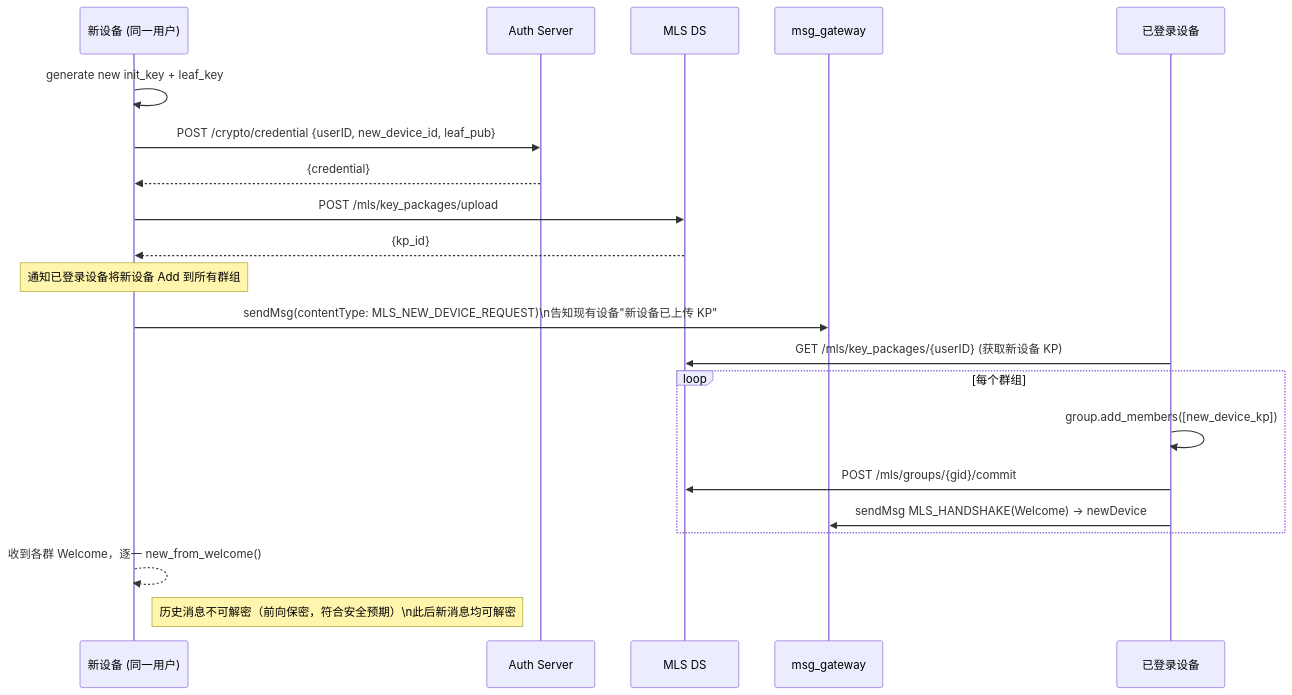
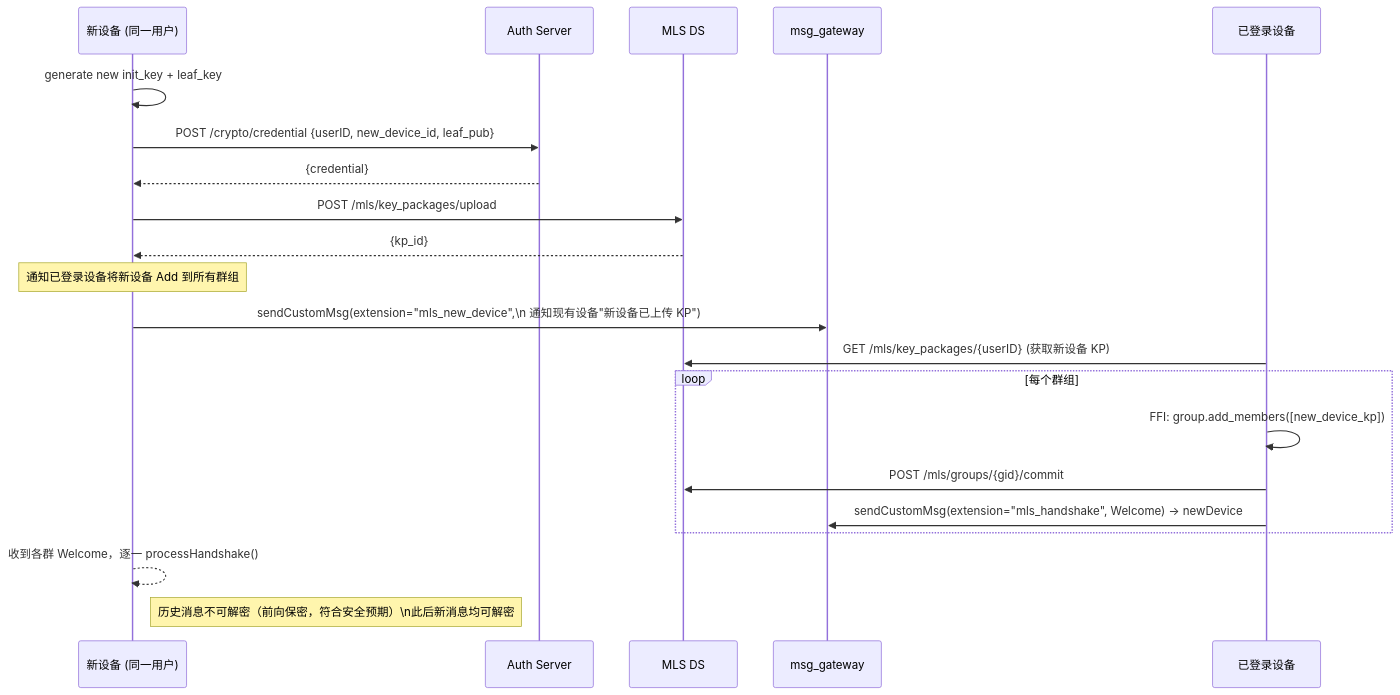
The ninth of 9 diagrams in e2ee-openmls-design.md (sok-im/open-im-server-origin), drawn with Mermaid before and after one commit. The commit also changed other lines of this file and 10 other files, not shown here.

````diff
--- a/e2ee-openmls-design.md
+++ b/e2ee-openmls-design.md
@@ -421,28 +461,28 @@
 ```mermaid
 sequenceDiagram
     participant NewDevice as 新设备 (同一用户)
     participant Auth as Auth Server
     participant DS as MLS DS
     participant GW as msg_gateway
     participant ExistingDevice as 已登录设备
 
     NewDevice->>NewDevice: generate new init_key + leaf_key
     NewDevice->>Auth: POST /crypto/credential {userID, new_device_id, leaf_pub}
     Auth-->>NewDevice: {credential}
     NewDevice->>DS: POST /mls/key_packages/upload
     DS-->>NewDevice: {kp_id}
 
     Note over NewDevice: 通知已登录设备将新设备 Add 到所有群组
 
-    NewDevice->>GW: sendMsg(contentType: MLS_NEW_DEVICE_REQUEST)\n告知现有设备"新设备已上传 KP"
+    NewDevice->>GW: sendCustomMsg(extension="mls_new_device",\n  通知现有设备"新设备已上传 KP")
 
     ExistingDevice->>DS: GET /mls/key_packages/{userID} (获取新设备 KP)
     loop 每个群组
-        ExistingDevice->>ExistingDevice: group.add_members([new_device_kp])
+        ExistingDevice->>ExistingDevice: FFI: group.add_members([new_device_kp])
         ExistingDevice->>DS: POST /mls/groups/{gid}/commit
-        ExistingDevice->>GW: sendMsg MLS_HANDSHAKE(Welcome) → newDevice
+        ExistingDevice->>GW: sendCustomMsg(extension="mls_handshake", Welcome) → newDevice
     end
 
-    NewDevice-->>NewDevice: 收到各群 Welcome，逐一 new_from_welcome()
+    NewDevice-->>NewDevice: 收到各群 Welcome，逐一 processHandshake()
     Note right of NewDevice: 历史消息不可解密（前向保密，符合安全预期）\n此后新消息均可解密
 ```
````
